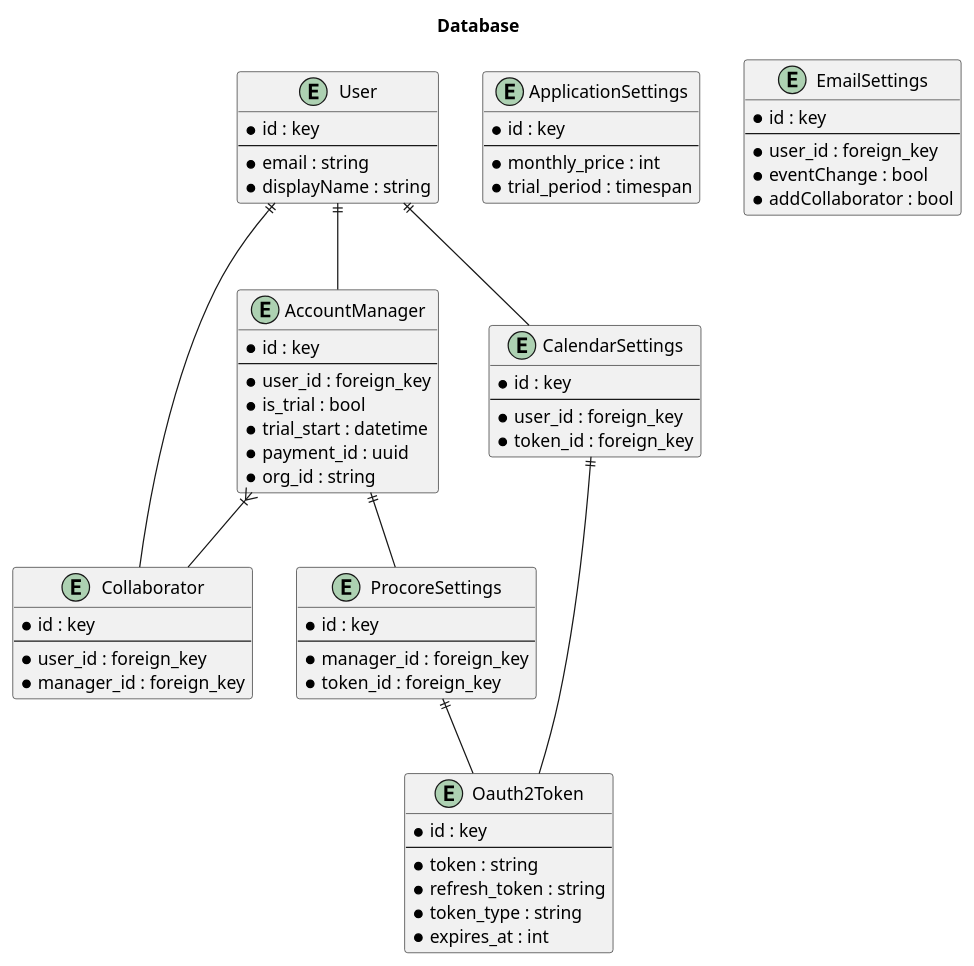
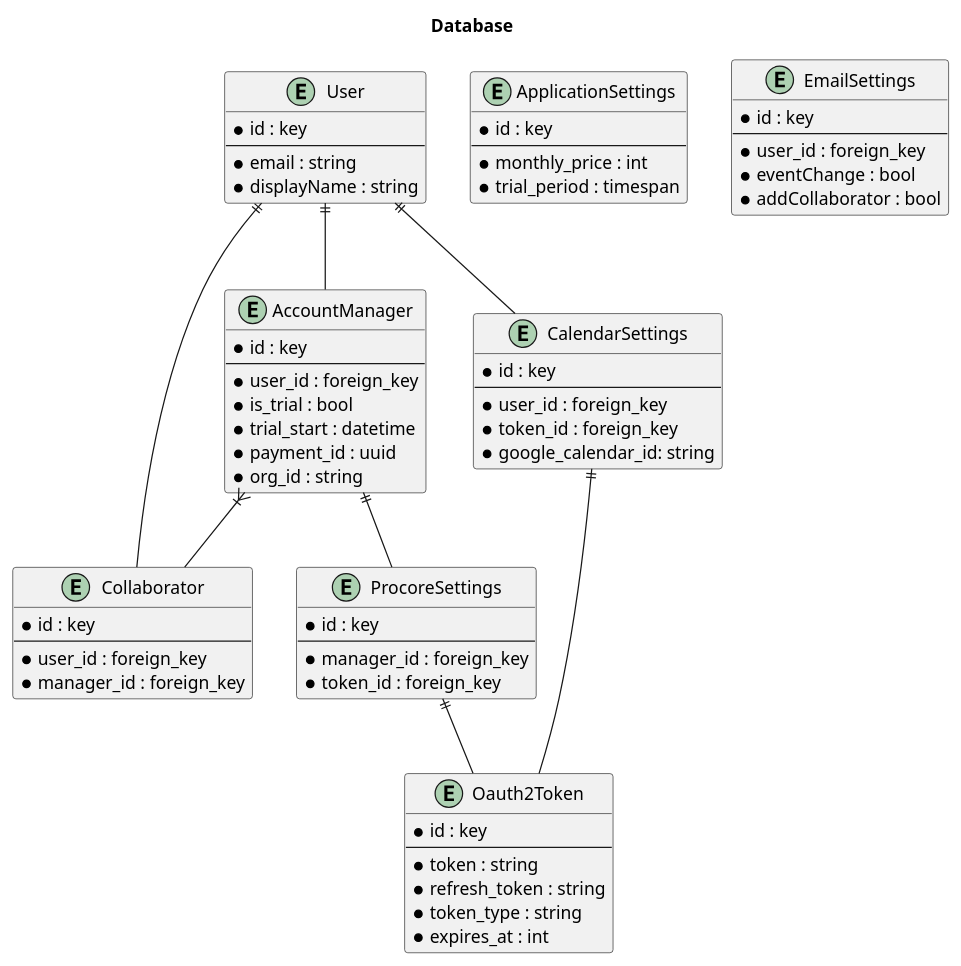
Before and after one commit to adhurjaty/procore-gcal: the diagram in diagrams/database.wsd, drawn with PlantUML. The commit also changed 3 other files, not shown here.

```diff
--- a/diagrams/database.wsd
+++ b/diagrams/database.wsd
@@ -1,74 +1,75 @@
 @startuml
 title Database
 
 entity User {
     * id : key
     ---
     * email : string
     * displayName : string
 }
 
 entity Oauth2Token {
     * id : key
     ---
     * token : string
     * refresh_token : string
     * token_type : string
     * expires_at : int
 }
 
 entity AccountManager {
     * id : key
     ---
     * user_id : foreign_key
     * is_trial : bool
     * trial_start : datetime
     * payment_id : uuid
     * org_id : string
 }
 
 entity Collaborator {
     * id : key
     ---
     * user_id : foreign_key
     * manager_id : foreign_key
 }
 
 entity ProcoreSettings {
     * id : key
     ---
     * manager_id : foreign_key
     * token_id : foreign_key
 }
 
 entity CalendarSettings {
     * id : key
     ---
     * user_id : foreign_key
     * token_id : foreign_key
+    * google_calendar_id: string
 }
 
 entity ApplicationSettings {
     * id : key
     ---
     * monthly_price : int
     * trial_period : timespan
 }
 
 entity EmailSettings {
     * id : key
     ---
     * user_id : foreign_key
     * eventChange : bool
     * addCollaborator : bool
 }
 
 AccountManager ||-- ProcoreSettings
 User ||-- AccountManager
 User ||-- CalendarSettings
 User ||-- Collaborator
 AccountManager }|-- Collaborator
 ProcoreSettings ||-- Oauth2Token
 CalendarSettings ||-- Oauth2Token
 
 @enduml
```
